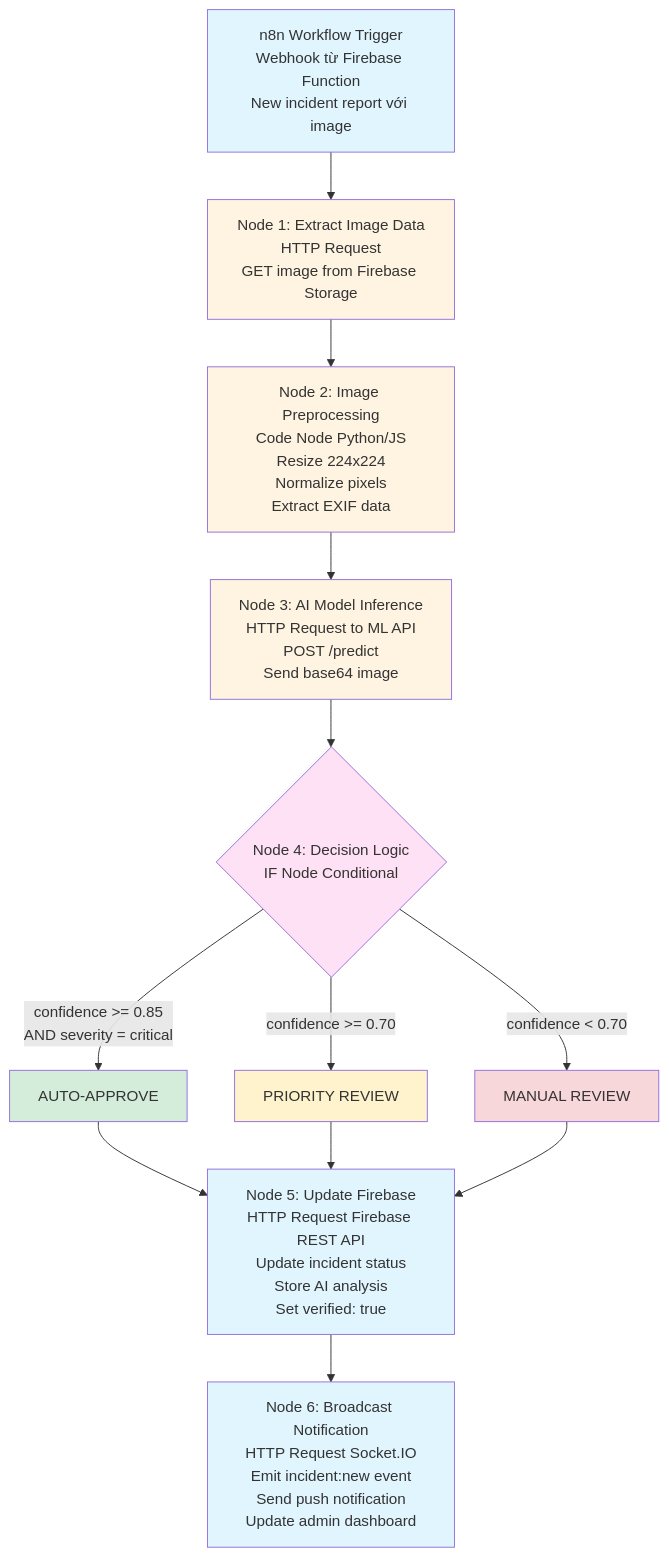
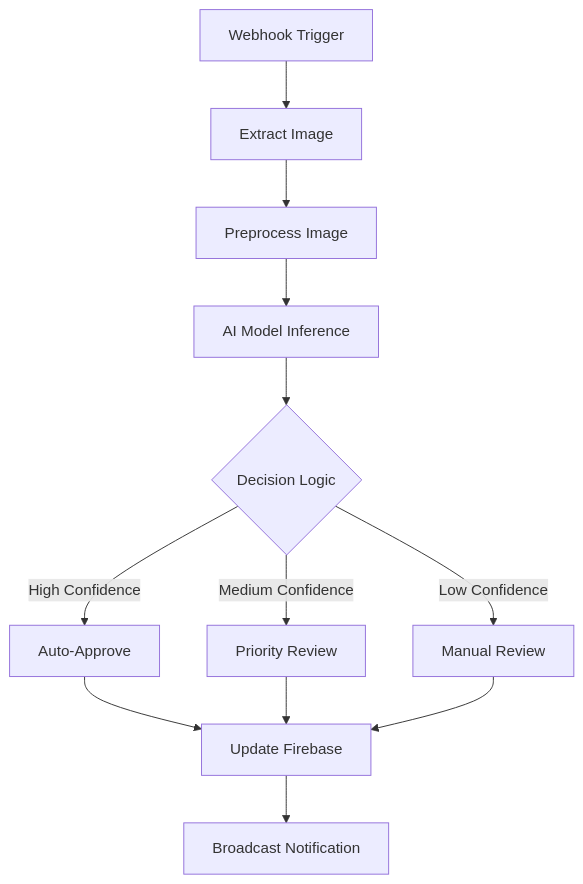
Before and after one commit to nvtank/AI_Assistant_DN: the first of 3 diagrams in docs/future/01-n8n-AI-Workflow-Diagram.md, drawn with Mermaid. The commit also changed other lines of this file and 3 other files, not shown here.

````diff
--- a/docs/future/01-n8n-AI-Workflow-Diagram.md
+++ b/docs/future/01-n8n-AI-Workflow-Diagram.md
@@ -24,28 +24,14 @@
 ```mermaid
 flowchart TD
-    Start[n8n Workflow Trigger<br/>Webhook từ Firebase Function<br/>New incident report với image] --> N1[Node 1: Extract Image Data<br/>HTTP Request<br/>GET image from Firebase Storage]
-    N1 --> N2[Node 2: Image Preprocessing<br/>Code Node Python/JS<br/>Resize 224x224<br/>Normalize pixels<br/>Extract EXIF data]
-    N2 --> N3[Node 3: AI Model Inference<br/>HTTP Request to ML API<br/>POST /predict<br/>Send base64 image]
-    N3 --> N4{Node 4: Decision Logic<br/>IF Node Conditional}
-    
-    N4 -->|confidence >= 0.85<br/>AND severity = critical| Auto[AUTO-APPROVE]
-    N4 -->|confidence >= 0.70| Priority[PRIORITY REVIEW]
-    N4 -->|confidence < 0.70| Manual[MANUAL REVIEW]
-    
-    Auto --> N5[Node 5: Update Firebase<br/>HTTP Request Firebase REST API<br/>Update incident status<br/>Store AI analysis<br/>Set verified: true]
+    Start[Webhook Trigger] --> N1[Extract Image]
+    N1 --> N2[Preprocess Image]
+    N2 --> N3[AI Model Inference]
+    N3 --> N4{Decision Logic}
+    N4 -->|High Confidence| Auto[Auto-Approve]
+    N4 -->|Medium Confidence| Priority[Priority Review]
+    N4 -->|Low Confidence| Manual[Manual Review]
+    Auto --> N5[Update Firebase]
     Priority --> N5
     Manual --> N5
-    
-    N5 --> N6[Node 6: Broadcast Notification<br/>HTTP Request Socket.IO<br/>Emit incident:new event<br/>Send push notification<br/>Update admin dashboard]
-    
-    style Start fill:#e1f5ff
-    style N1 fill:#fff4e1
-    style N2 fill:#fff4e1
-    style N3 fill:#fff4e1
-    style N4 fill:#ffe1f5
-    style Auto fill:#d4edda
-    style Priority fill:#fff3cd
-    style Manual fill:#f8d7da
-    style N5 fill:#e1f5ff
-    style N6 fill:#e1f5ff
+    N5 --> N6[Broadcast Notification]
 ```
````
